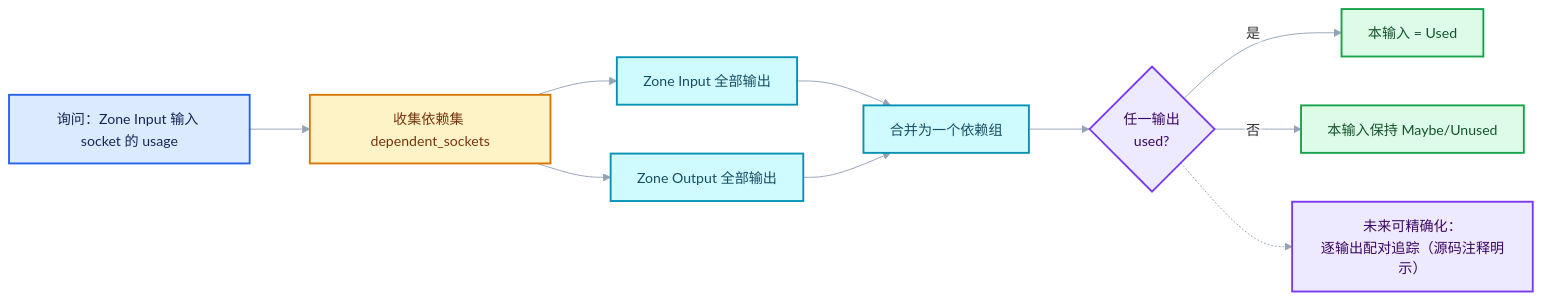
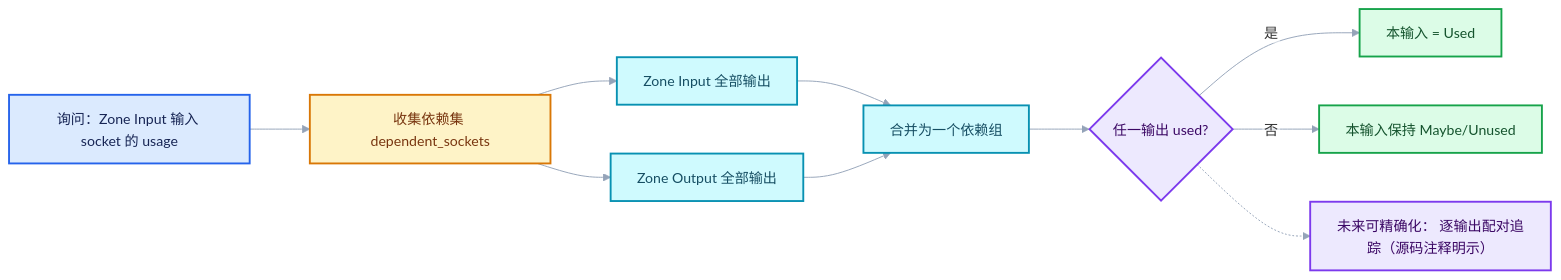
One commit to yunkezengren/blender-.vscode changed the third of 3 diagrams in 杂/markdown/重复区域-dsh/04-运行时机制/03-副作用迭代与按需执行.md. Above: the diagram before and after it, drawn with Mermaid. The commit also changed other lines of this file and 27 other files, not shown here.

````diff
--- a/杂/markdown/重复区域-dsh/04-运行时机制/03-副作用迭代与按需执行.md
+++ b/杂/markdown/重复区域-dsh/04-运行时机制/03-副作用迭代与按需执行.md
@@ -863,26 +702,26 @@
 ```mermaid
 %%{init: {"theme":"base","themeVariables":{"fontFamily":"\"Segoe UI\",\"Microsoft YaHei\",sans-serif","fontSize":"15px","lineColor":"#94A3B8","edgeLabelBackground":"#FFFFFF","clusterBkg":"#F8FAFC","clusterBorder":"#CBD5E1"},"flowchart":{"htmlLabels":false,"curve":"basis","nodeSpacing":52,"rankSpacing":64,"padding":14,"diagramPadding":16,"useMaxWidth":true},"sequence":{"useMaxWidth":true,"wrap":true,"mirrorActors":false,"messageMargin":36}}}%%
 flowchart LR
   Q["询问：Zone Input 输入 socket 的 usage"]:::input
   BUILD["收集依赖集 dependent_sockets"]:::compute
   IN["Zone Input 全部输出"]:::data
   OUT["Zone Output 全部输出"]:::data
   MERGE["合并为一个依赖组"]:::data
-  RULE{"任一输出<br/>used?"}:::abstraction
+  RULE{"任一输出 used?"}:::abstraction
   U["本输入 = Used"]:::result
   N["本输入保持 Maybe/Unused"]:::result
-  FUT["未来可精确化：<br/>逐输出配对追踪（源码注释明示）"]:::abstraction
+  FUT["未来可精确化： 逐输出配对追踪（源码注释明示）"]:::abstraction
   Q --> BUILD
   BUILD --> IN --> MERGE
   BUILD --> OUT --> MERGE
   MERGE --> RULE
   RULE -->|是| U
   RULE -->|否| N
   RULE -.-> FUT
   classDef input fill:#DBEAFE,stroke:#2563EB,color:#172554,stroke-width:2px;
   classDef data fill:#CFFAFE,stroke:#0891B2,color:#164E63,stroke-width:2px;
   classDef abstraction fill:#EDE9FE,stroke:#7C3AED,color:#3B0764,stroke-width:2px;
   classDef compute fill:#FEF3C7,stroke:#D97706,color:#78350F,stroke-width:2px;
   classDef result fill:#DCFCE7,stroke:#16A34A,color:#14532D,stroke-width:2px;
   classDef error fill:#FEE2E2,stroke:#DC2626,color:#7F1D1D,stroke-width:2px;
 ```
````
